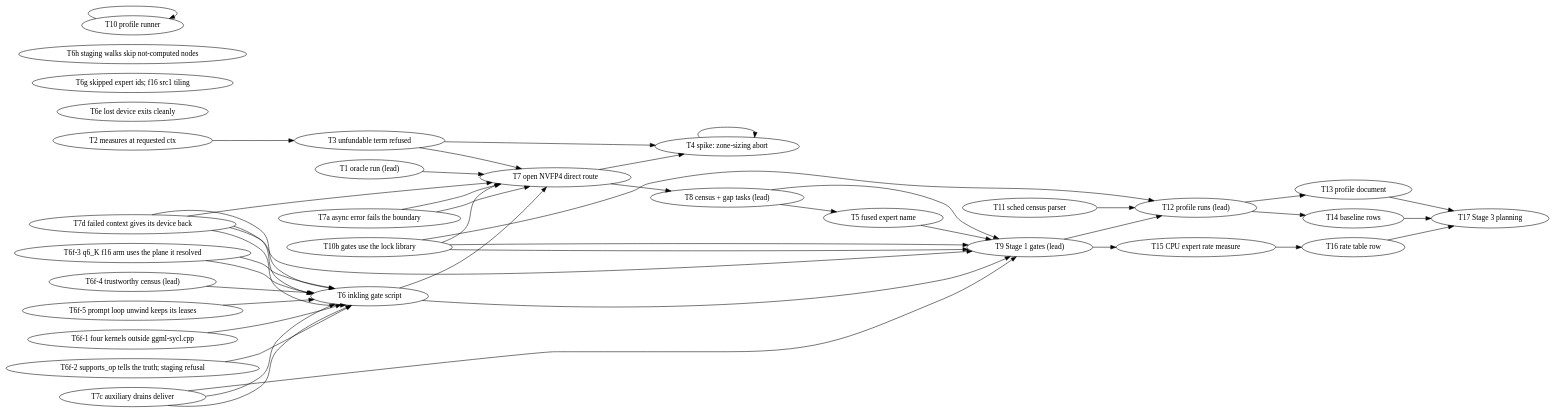
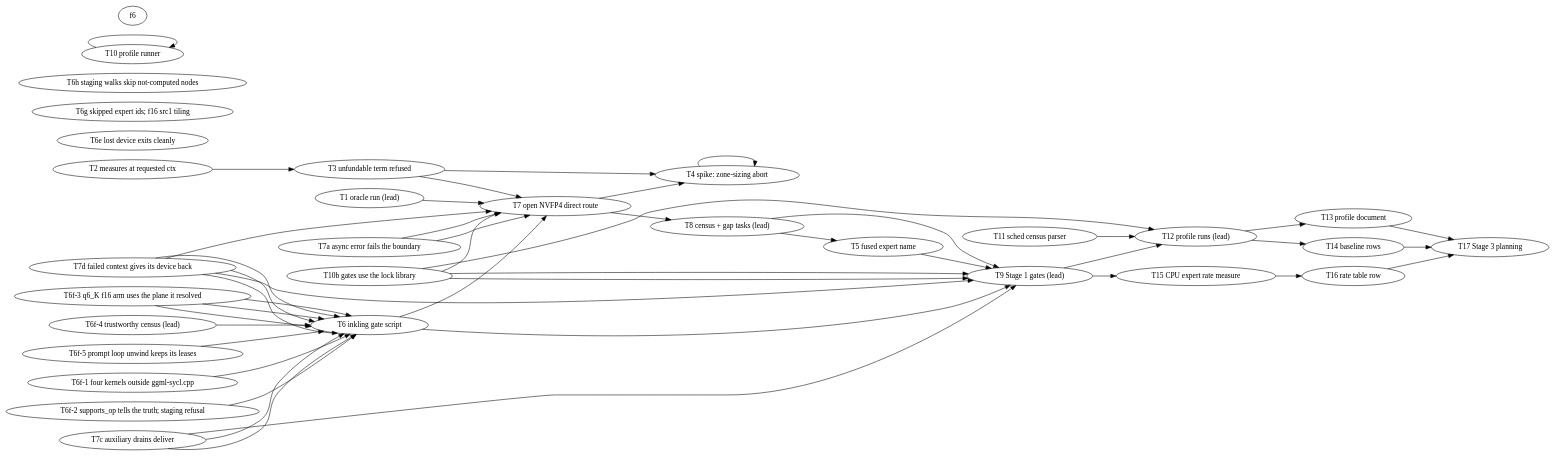
One commit to kainlan/llama.cpp-intel-optimizations changed the diagram in docs/plans/2026-11-21-inkling2-mini-sycl-enable-profile-optimize.md. Above: the diagram before and after it, drawn with Graphviz. The commit also changed other lines of this file, not shown here.

````diff
--- a/docs/plans/2026-11-21-inkling2-mini-sycl-enable-profile-optimize.md
+++ b/docs/plans/2026-11-21-inkling2-mini-sycl-enable-profile-optimize.md
@@ -96,46 +96,46 @@
 ```dot
 digraph dependencies {
     rankdir=LR;
     1  [label="T1 oracle run (lead)"];
     2  [label="T2 measures at requested ctx"];
     3  [label="T3 unfundable term refused"];
     4  [label="T4 spike: zone-sizing abort"];
     4b [label="T4b zone-sizing refusal"];
     5  [label="T5 fused expert name"];
     6  [label="T6 inkling gate script"];
     6b [label="T6b GPT-OSS gate without -ngl"];
     6c [label="T6c spike: GPT-OSS default context loses the B50"];
     6d [label="T6d not-computed nodes are not executed"];
     6e [label="T6e lost device exits cleanly"];
     6f1 [label="T6f-1 four kernels outside ggml-sycl.cpp"];
     6f2 [label="T6f-2 supports_op tells the truth; staging refusal"];
     6f3 [label="T6f-3 q6_K f16 arm uses the plane it resolved"];
     6f4 [label="T6f-4 trustworthy census (lead)"];
     6f5 [label="T6f-5 prompt loop unwind keeps its leases"];
     6g [label="T6g skipped expert ids; f16 src1 tiling"];
     6h [label="T6h staging walks skip not-computed nodes"];
     7a [label="T7a async error fails the boundary"];
     7d [label="T7d failed context gives its device back"];
     7b [label="T7b every queue has the handler"];
     7c [label="T7c auxiliary drains deliver"];
     7  [label="T7 open NVFP4 direct route"];
     8  [label="T8 census + gap tasks (lead)"];
     9  [label="T9 Stage 1 gates (lead)"];
     10 [label="T10 profile runner"];
     10b [label="T10b gates use the lock library"];
     11 [label="T11 sched census parser"];
     12 [label="T12 profile runs (lead)"];
     13 [label="T13 profile document"];
     14 [label="T14 baseline rows"];
     15 [label="T15 CPU expert rate measure"];
     16 [label="T16 rate table row"];
     17 [label="T17 Stage 3 planning"];
     2 -> 3; 3 -> 4b; 4 -> 4b; 7 -> 4b; 8 -> 5;
     1 -> 7a; 7a -> 7; 7a -> 7d; 7d -> 7b; 3 -> 7; 6 -> 7; 7 -> 8; 6c -> 6d; 6d -> 9; 7c -> 6e;
-    6d -> 6f1; 6d -> 6f2; 6f2 -> 6f3; 6f1 -> 6f4; 6f3 -> 6f4; 6f4 -> 6g; 6d -> 6h; 6f3 -> 6f5; 6f5 -> 6g;
+    6d -> 6f1; 6d -> 6f2; 6f2 -> 6f3; 6f1 -> 6f4; 6f3 -> 6f4; 6f4 -> 6g; 6d -> 6h; 6f3 -> 6f5; 6f5 -> 6g; 6f3 -> 6f6;
     8 -> 9; 6 -> 9; 6b -> 9; 4b -> 9; 5 -> 9; 7b -> 7c; 7c -> 9;
     9 -> 12; 10 -> 10b; 10b -> 12; 11 -> 12;
     12 -> 13; 12 -> 14; 9 -> 15; 15 -> 16;
     13 -> 17; 14 -> 17; 16 -> 17;
 }
 ```
````
